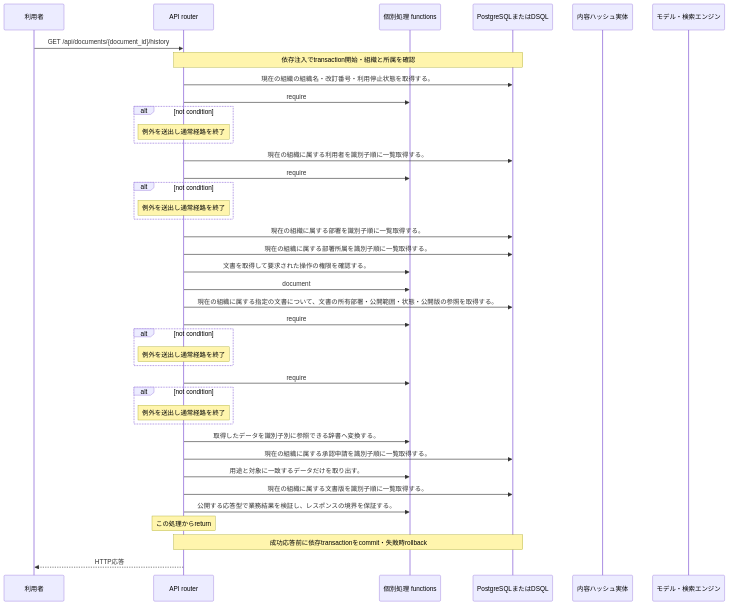
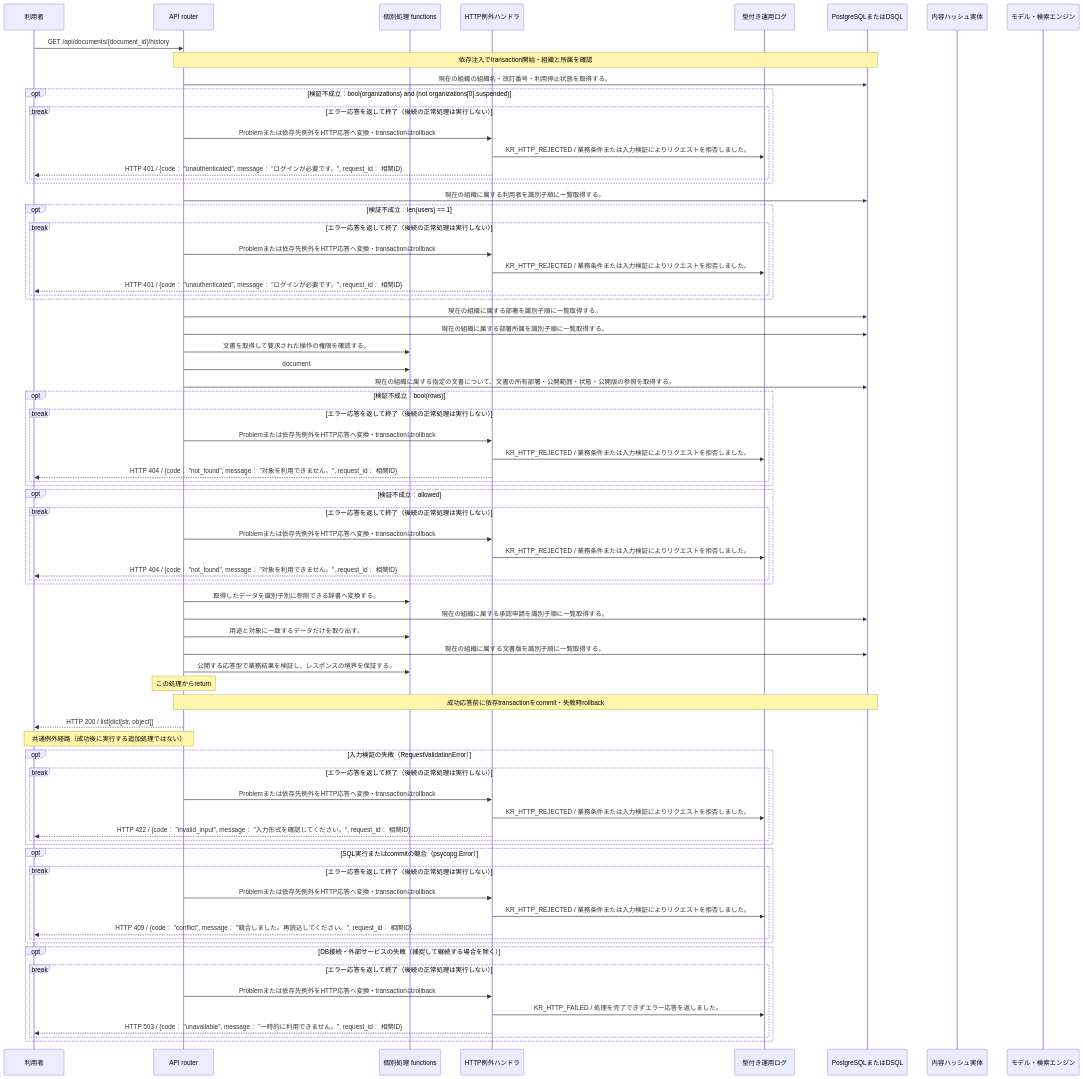
One commit to tsuji-tomonori/KotoRelay changed the diagram in docs/design/generated/api/documents/version_history/sequence.md. Above: the diagram before and after it, drawn with Mermaid. The commit also changed other lines of this file and 226 other files, not shown here.

````diff
--- a/docs/design/generated/api/documents/version_history/sequence.md
+++ b/docs/design/generated/api/documents/version_history/sequence.md
@@ -7,42 +7,78 @@
 ```mermaid
 sequenceDiagram
     participant U as 利用者
     participant A as API router
     participant F as 個別処理 functions
+    participant E as HTTP例外ハンドラ
+    participant L as 型付き運用ログ
     participant D as PostgreSQLまたはDSQL
     participant S as 内容ハッシュ実体
     participant M as モデル・検索エンジン
     U->>A: GET /api/documents/{document_id}/history
     Note over A,D: 依存注入でtransaction開始・組織と所属を確認
     A->>D: 現在の組織の組織名・改訂番号・利用停止状態を取得する。
-    A->>F: require
-    alt not condition
-    Note over A: 例外を送出し通常経路を終了
+    opt 検証不成立：bool(organizations) and (not organizations[0].suspended)
+    break エラー応答を返して終了（後続の正常処理は実行しない）
+    A->>E: Problemまたは依存先例外をHTTP応答へ変換・transactionはrollback
+    E->>L: KR_HTTP_REJECTED / 業務条件または入力検証によりリクエストを拒否しました。
+    E-->>U: HTTP 401 / {code： "unauthenticated", message： "ログインが必要です。", request_id： 相関ID}
+    end
     end
     A->>D: 現在の組織に属する利用者を識別子順に一覧取得する。
-    A->>F: require
-    alt not condition
-    Note over A: 例外を送出し通常経路を終了
+    opt 検証不成立：len(users) == 1
+    break エラー応答を返して終了（後続の正常処理は実行しない）
+    A->>E: Problemまたは依存先例外をHTTP応答へ変換・transactionはrollback
+    E->>L: KR_HTTP_REJECTED / 業務条件または入力検証によりリクエストを拒否しました。
+    E-->>U: HTTP 401 / {code： "unauthenticated", message： "ログインが必要です。", request_id： 相関ID}
+    end
     end
     A->>D: 現在の組織に属する部署を識別子順に一覧取得する。
     A->>D: 現在の組織に属する部署所属を識別子順に一覧取得する。
     A->>F: 文書を取得して要求された操作の権限を確認する。
     A->>F: document
     A->>D: 現在の組織に属する指定の文書について、文書の所有部署・公開範囲・状態・公開版の参照を取得する。
-    A->>F: require
-    alt not condition
-    Note over A: 例外を送出し通常経路を終了
+    opt 検証不成立：bool(rows)
+    break エラー応答を返して終了（後続の正常処理は実行しない）
+    A->>E: Problemまたは依存先例外をHTTP応答へ変換・transactionはrollback
+    E->>L: KR_HTTP_REJECTED / 業務条件または入力検証によりリクエストを拒否しました。
+    E-->>U: HTTP 404 / {code： "not_found", message： "対象を利用できません。", request_id： 相関ID}
     end
-    A->>F: require
-    alt not condition
-    Note over A: 例外を送出し通常経路を終了
+    end
+    opt 検証不成立：allowed
+    break エラー応答を返して終了（後続の正常処理は実行しない）
+    A->>E: Problemまたは依存先例外をHTTP応答へ変換・transactionはrollback
+    E->>L: KR_HTTP_REJECTED / 業務条件または入力検証によりリクエストを拒否しました。
+    E-->>U: HTTP 404 / {code： "not_found", message： "対象を利用できません。", request_id： 相関ID}
+    end
     end
     A->>F: 取得したデータを識別子別に参照できる辞書へ変換する。
     A->>D: 現在の組織に属する承認申請を識別子順に一覧取得する。
     A->>F: 用途と対象に一致するデータだけを取り出す。
     A->>D: 現在の組織に属する文書版を識別子順に一覧取得する。
     A->>F: 公開する応答型で業務結果を検証し、レスポンスの境界を保証する。
     Note over A: この処理からreturn
     Note over A,D: 成功応答前に依存transactionをcommit・失敗時rollback
-    A-->>U: HTTP応答
+    A-->>U: HTTP 200 / list[dict[str, object]]
+    Note over A,U: 共通例外経路（成功後に実行する追加処理ではない）
+    opt 入力検証の失敗（RequestValidationError）
+    break エラー応答を返して終了（後続の正常処理は実行しない）
+    A->>E: Problemまたは依存先例外をHTTP応答へ変換・transactionはrollback
+    E->>L: KR_HTTP_REJECTED / 業務条件または入力検証によりリクエストを拒否しました。
+    E-->>U: HTTP 422 / {code： "invalid_input", message： "入力形式を確認してください。", request_id： 相関ID}
+    end
+    end
+    opt SQL実行またはcommitの競合（psycopg.Error）
+    break エラー応答を返して終了（後続の正常処理は実行しない）
+    A->>E: Problemまたは依存先例外をHTTP応答へ変換・transactionはrollback
+    E->>L: KR_HTTP_REJECTED / 業務条件または入力検証によりリクエストを拒否しました。
+    E-->>U: HTTP 409 / {code： "conflict", message： "競合しました。再読込してください。", request_id： 相関ID}
+    end
+    end
+    opt DB接続・外部サービスの失敗（捕捉して継続する場合を除く）
+    break エラー応答を返して終了（後続の正常処理は実行しない）
+    A->>E: Problemまたは依存先例外をHTTP応答へ変換・transactionはrollback
+    E->>L: KR_HTTP_FAILED / 処理を完了できずエラー応答を返しました。
+    E-->>U: HTTP 503 / {code： "unavailable", message： "一時的に利用できません。", request_id： 相関ID}
+    end
+    end
 ```
````
